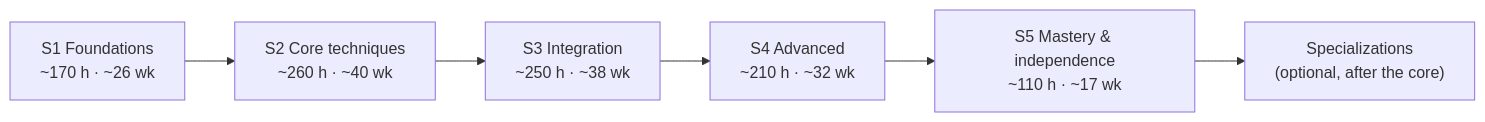
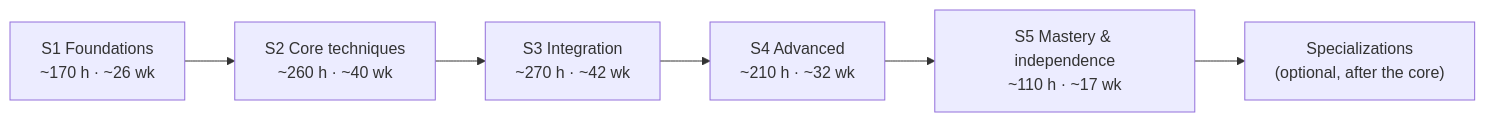
One commit to PotentPlum/culinary_guide changed the first of 2 diagrams in curriculum/01-vision-architecture.md. Above: the diagram before and after it, drawn with Mermaid. The commit also changed other lines of this file, not shown here.

````diff
--- a/curriculum/01-vision-architecture.md
+++ b/curriculum/01-vision-architecture.md
@@ -412,8 +413,8 @@
 ```mermaid
 flowchart LR
   S1["S1 Foundations<br/>~170 h · ~26 wk"] --> S2["S2 Core techniques<br/>~260 h · ~40 wk"]
-  S2 --> S3["S3 Integration<br/>~250 h · ~38 wk"]
+  S2 --> S3["S3 Integration<br/>~270 h · ~42 wk"]
   S3 --> S4["S4 Advanced<br/>~210 h · ~32 wk"]
   S4 --> S5["S5 Mastery & independence<br/>~110 h · ~17 wk"]
   S5 --> SP["Specializations<br/>(optional, after the core)"]
 ```
````
